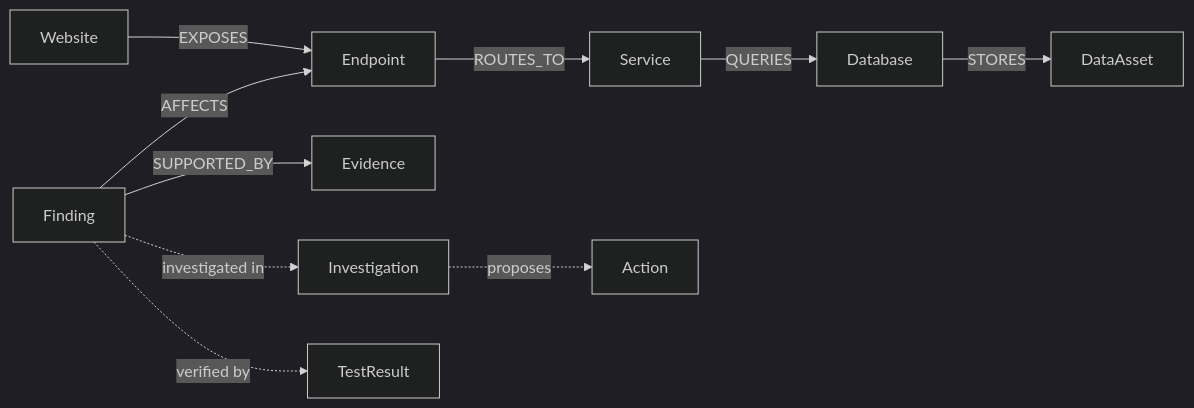
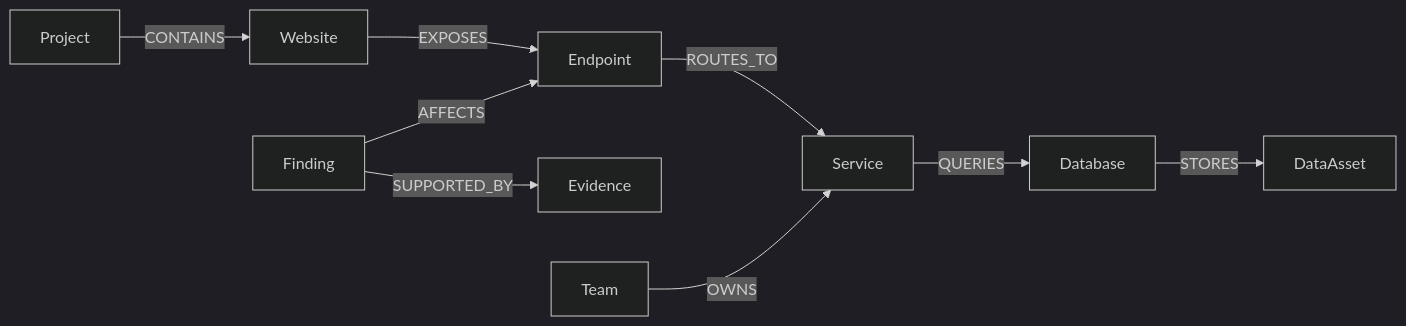
The second of 2 diagrams in README.md (subhasish52/TraceShield-AI), drawn with Mermaid (dark theme) before and after one commit. The commit also changed other lines of this file, not shown here.

````diff
--- a/README.md
+++ b/README.md
@@ -69,12 +74,11 @@
-``` mermaid
+```mermaid
 flowchart LR
-    W[Website] -->|EXPOSES| E[Endpoint]
-    F[Finding] -->|AFFECTS| E
-    E -->|ROUTES_TO| S[Service]
-    S -->|QUERIES| D[Database]
-    D -->|STORES| A[DataAsset]
-    F -->|SUPPORTED_BY| EV[Evidence]
-    F -.->|investigated in| I[Investigation]
-    I -.->|proposes| AC[Action]
-    F -.->|verified by| T[TestResult]
+    P["Project"] -->|"CONTAINS"| W["Website"]
+    W -->|"EXPOSES"| E["Endpoint"]
+    E -->|"ROUTES_TO"| S["Service"]
+    S -->|"QUERIES"| D["Database"]
+    D -->|"STORES"| A["DataAsset"]
+    F["Finding"] -->|"AFFECTS"| E
+    F -->|"SUPPORTED_BY"| EV["Evidence"]
+    T["Team"] -->|"OWNS"| S
 ```
````
